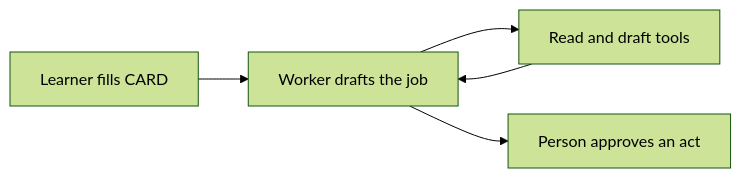
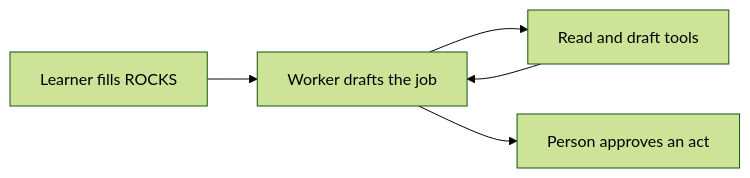
The diagram in course-design/agent-building-pattern.md (ethanhuangcst/agent.dan), drawn with Mermaid (forest theme) before and after one commit. The commit also changed other lines of this file and 9 other files, not shown here.

````diff
--- a/course-design/agent-building-pattern.md
+++ b/course-design/agent-building-pattern.md
@@ -55,11 +45,11 @@
 ```mermaid
 flowchart LR
-  learner[Learner fills CARD]
+  learner[Learner fills ROCKS]
   worker[Worker drafts the job]
   tools[Read and draft tools]
   person[Person approves an act]
   learner --> worker
   worker --> tools
   tools --> worker
   worker --> person
 ```
````
